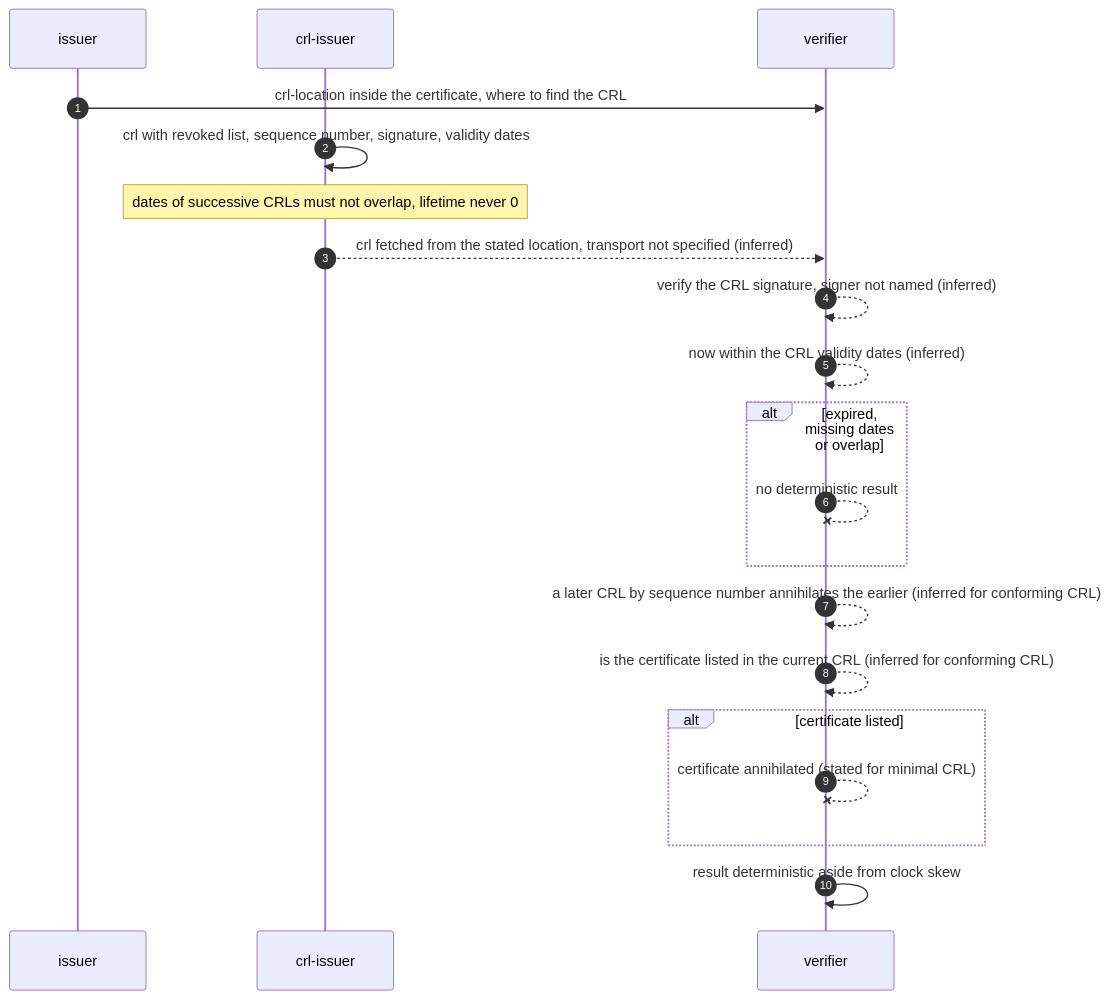
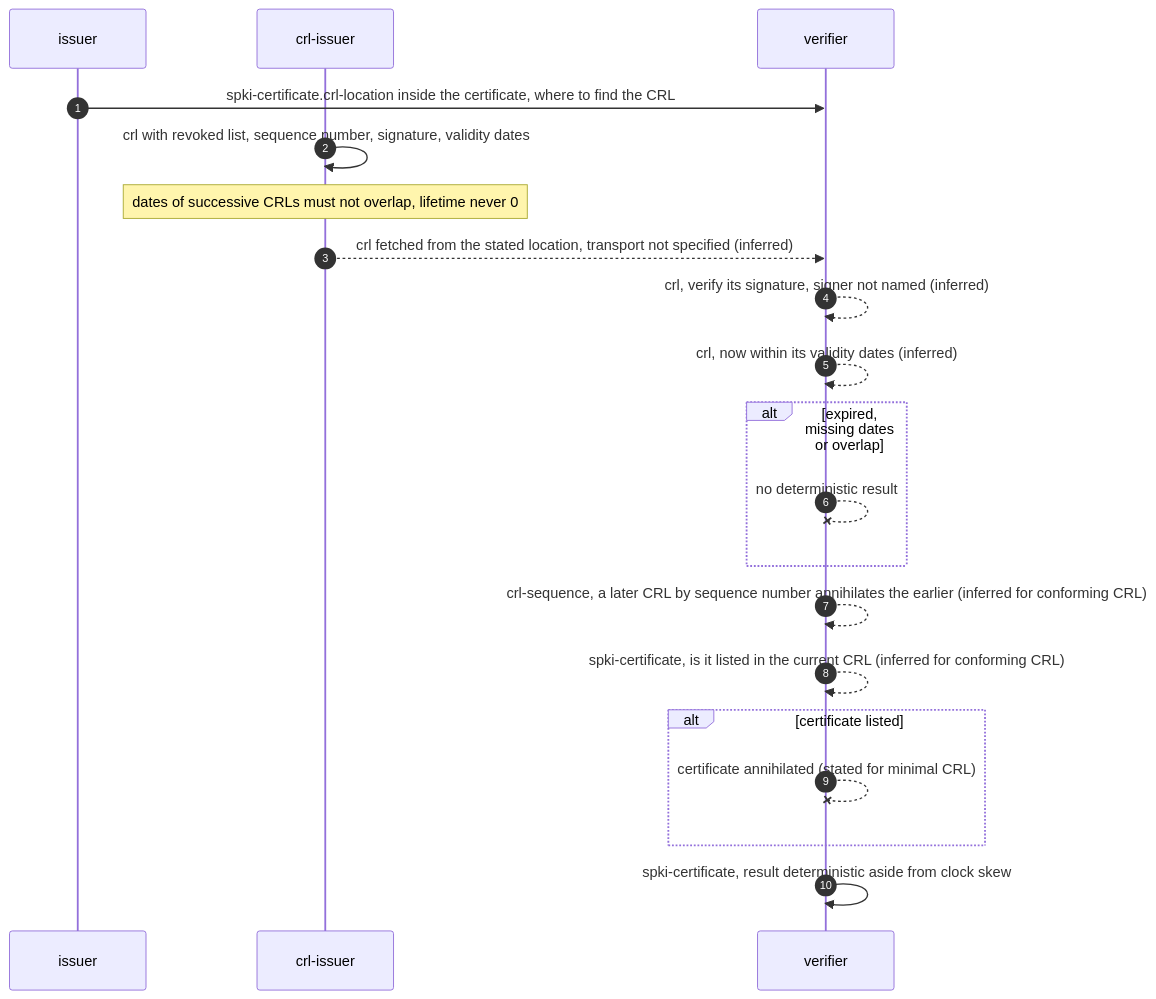
The ninth of 26 diagrams in records/ietf/rfc-2692/distilled/protocol.md (m-of-n/library), drawn with Mermaid before and after one commit. The commit also changed other lines of this file and 9 other files, not shown here.

````diff
--- a/records/ietf/rfc-2692/distilled/protocol.md
+++ b/records/ietf/rfc-2692/distilled/protocol.md
@@ -318,22 +330,22 @@
 ```mermaid
 sequenceDiagram
   autonumber
   participant I as issuer
   participant C as crl-issuer
   participant V as verifier
-  I->>V: crl-location inside the certificate, where to find the CRL
+  I->>V: spki-certificate.crl-location inside the certificate, where to find the CRL
   C->>C: crl with revoked list, sequence number, signature, validity dates
   Note over C: dates of successive CRLs must not overlap, lifetime never 0
   C-->>V: crl fetched from the stated location, transport not specified (inferred)
-  V-->>V: verify the CRL signature, signer not named (inferred)
-  V-->>V: now within the CRL validity dates (inferred)
+  V-->>V: crl, verify its signature, signer not named (inferred)
+  V-->>V: crl, now within its validity dates (inferred)
   alt expired, missing dates or overlap
     V--xV: no deterministic result
   end
-  V-->>V: a later CRL by sequence number annihilates the earlier (inferred for conforming CRL)
-  V-->>V: is the certificate listed in the current CRL (inferred for conforming CRL)
+  V-->>V: crl-sequence, a later CRL by sequence number annihilates the earlier (inferred for conforming CRL)
+  V-->>V: spki-certificate, is it listed in the current CRL (inferred for conforming CRL)
   alt certificate listed
     V--xV: certificate annihilated (stated for minimal CRL)
   end
-  V->>V: result deterministic aside from clock skew
+  V->>V: spki-certificate, result deterministic aside from clock skew
 ```
````
